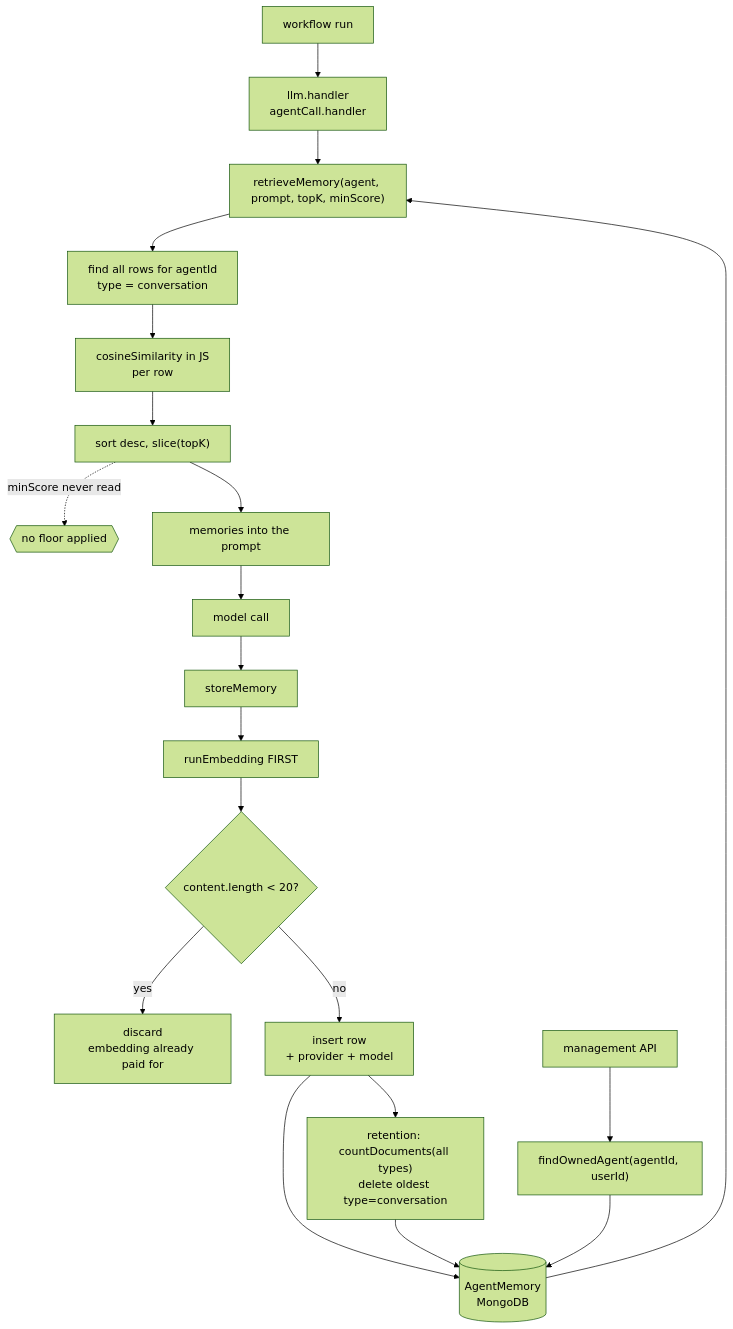
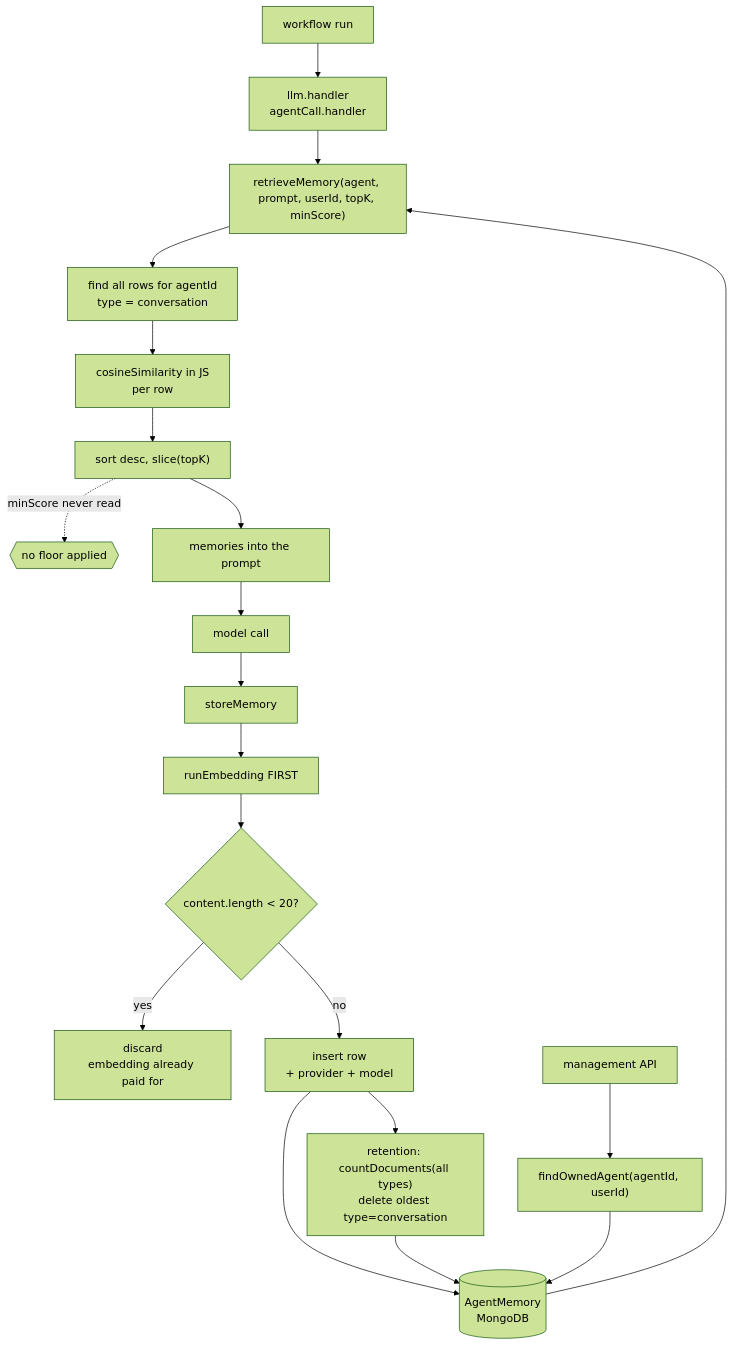
The diagram in content/systems/ai-agent-automation.md (neoneye/agent-memory-atlas), drawn with Mermaid (forest theme) before and after one commit. The commit also changed other lines of this file and 474 other files, not shown here.

````diff
--- a/content/systems/ai-agent-automation.md
+++ b/content/systems/ai-agent-automation.md
@@ -106,24 +109,24 @@
 ```mermaid
 flowchart TD
 %% caption: two workflow handlers bracket their model call with recall and store, and the recall function declares a similarity floor its body never reads — so the caller that passes 0.45 gets every top-k hit regardless of score
     RUN["workflow run"] --> H["llm.handler<br/>agentCall.handler"]
-    H --> RET["retrieveMemory(agent, prompt, topK, minScore)"]
+    H --> RET["retrieveMemory(agent, prompt, userId, topK, minScore)"]
     DB[("AgentMemory<br/>MongoDB")] --> RET
     RET --> SCAN["find all rows for agentId<br/>type = conversation"]
     SCAN --> COS["cosineSimilarity in JS<br/>per row"]
     COS --> SORT["sort desc, slice(topK)"]
     SORT -.->|"minScore never read"| FLOOR{{"no floor applied"}}
     SORT --> PROMPT["memories into the prompt"]
     PROMPT --> LLM["model call"]
     LLM --> STORE["storeMemory"]
     STORE --> EMB["runEmbedding FIRST"]
     EMB --> GUARD{"content.length < 20?"}
     GUARD -->|"yes"| DROP["discard<br/>embedding already paid for"]
     GUARD -->|"no"| INS["insert row<br/>+ provider + model"]
     INS --> DB
     INS --> RETN["retention: countDocuments(all types)<br/>delete oldest type=conversation"]
     RETN --> DB
 
     UI["management API"] --> OWN["findOwnedAgent(agentId, userId)"]
     OWN --> DB
 ```
````
